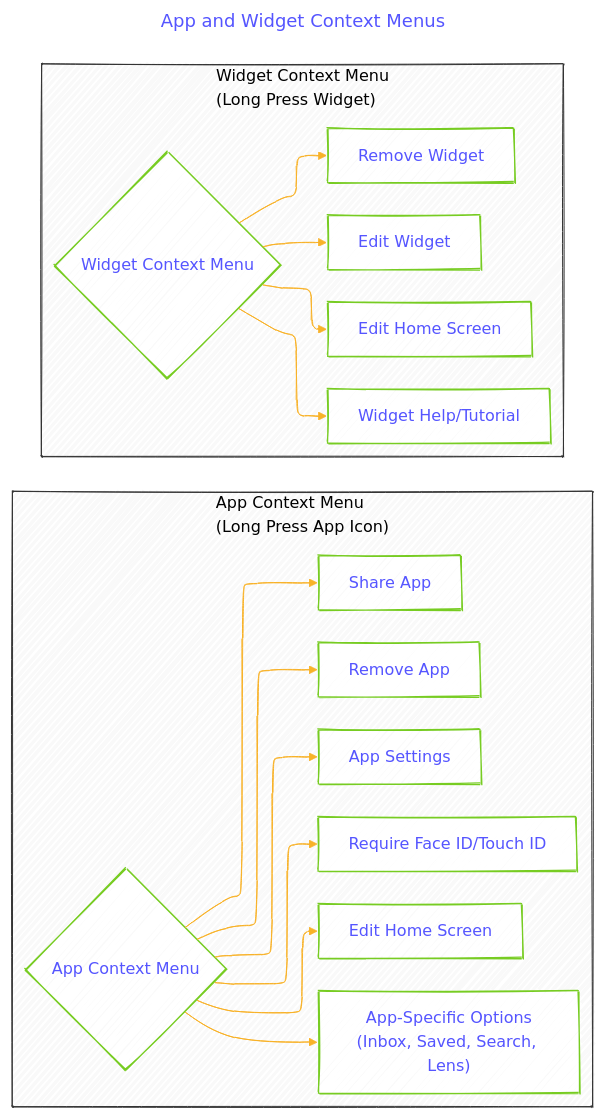
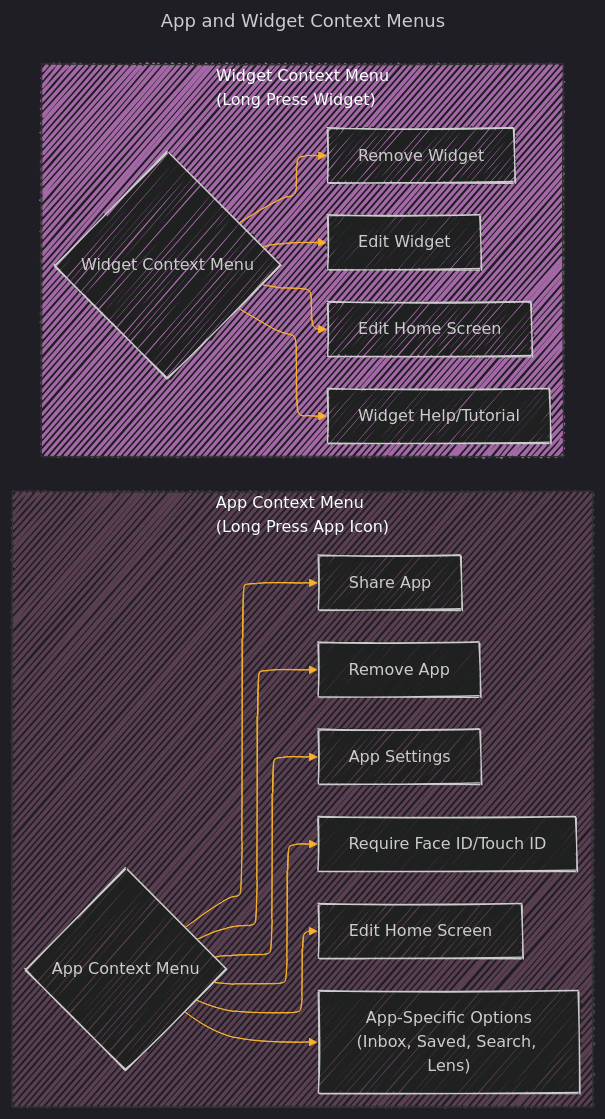
The seventh of 9 diagrams in WIDGETS/iOS_Widget_Design_Workflow.md (CongLeSolutionX/iOS-development-vault), drawn with Mermaid before and after one commit. The commit also changed other lines of this file, not shown here.

````diff
--- a/WIDGETS/iOS_Widget_Design_Workflow.md
+++ b/WIDGETS/iOS_Widget_Design_Workflow.md
@@ -488,50 +489,50 @@
 ```mermaid
 ---
 title: "App and Widget Context Menus"
 author: "Cong Le"
 version: "1.1"
 license(s): "MIT, CC BY 4.0"
 copyright: "Copyright (c) 2025 Cong Le. All Rights Reserved."
 config:
   layout: elk
   look: handDrawn
-  theme: base
+  theme: dark
 ---
 %%%%%%%% Mermaid version v11.4.1-b.14
 %%%%%%%% Toggle theme value to `base` to activate the initilization below for the customized theme version.
 %%%%%%%% Available curve styles include the following keywords:
 %% basis, bumpX, bumpY, cardinal, catmullRom, linear, monotoneX, monotoneY, natural, step, stepAfter, stepBefore.
 %%{
   init: {
     "graph": { "htmlLabels": false, 'curve': 'linear' },
     'fontFamily': 'Fantasy',
     'themeVariables': {
       'primaryColor': '#ffff',
       'primaryTextColor': '#55ff',
       'primaryBorderColor': '#7c2',
       'lineColor': '#F8B229',
       'secondaryColor': '#006100',
       'tertiaryColor': '#fff'
     }
   }
 }%%
 graph LR
     subgraph AppContextMenu["App Context Menu<br>(Long Press App Icon)"]
-        style AppContextMenu fill:#f9f9f9,stroke:#333,stroke-width:1px
+        style AppContextMenu fill:#f9c4,stroke:#333,stroke-width:1px
         C1{"App Context Menu"} --> C1A["Remove App"]
         C1 --> C1B["Require Face ID/Touch ID"]
         C1 --> C1C["Share App"]
         C1 --> C1D["Edit Home Screen"]
         C1 --> C1E["App-Specific Options<br>(Inbox, Saved, Search, Lens)"]
         C1 --> C1F["App Settings"]
     end
 
     subgraph WidgetContextMenu["Widget Context Menu<br>(Long Press Widget)"]
-        style WidgetContextMenu fill:#f9f9f9,stroke:#333,stroke-width:1px
+        style WidgetContextMenu fill:#f9f9,stroke:#333,stroke-width:1px
         C2{"Widget Context Menu"} --> C2A["Edit Widget"]
         C2 --> C2B["Edit Home Screen"]
         C2 --> C2C["Remove Widget"]
         C2 --> C2D["Widget Help/Tutorial"]
     end
     
 ```
````
